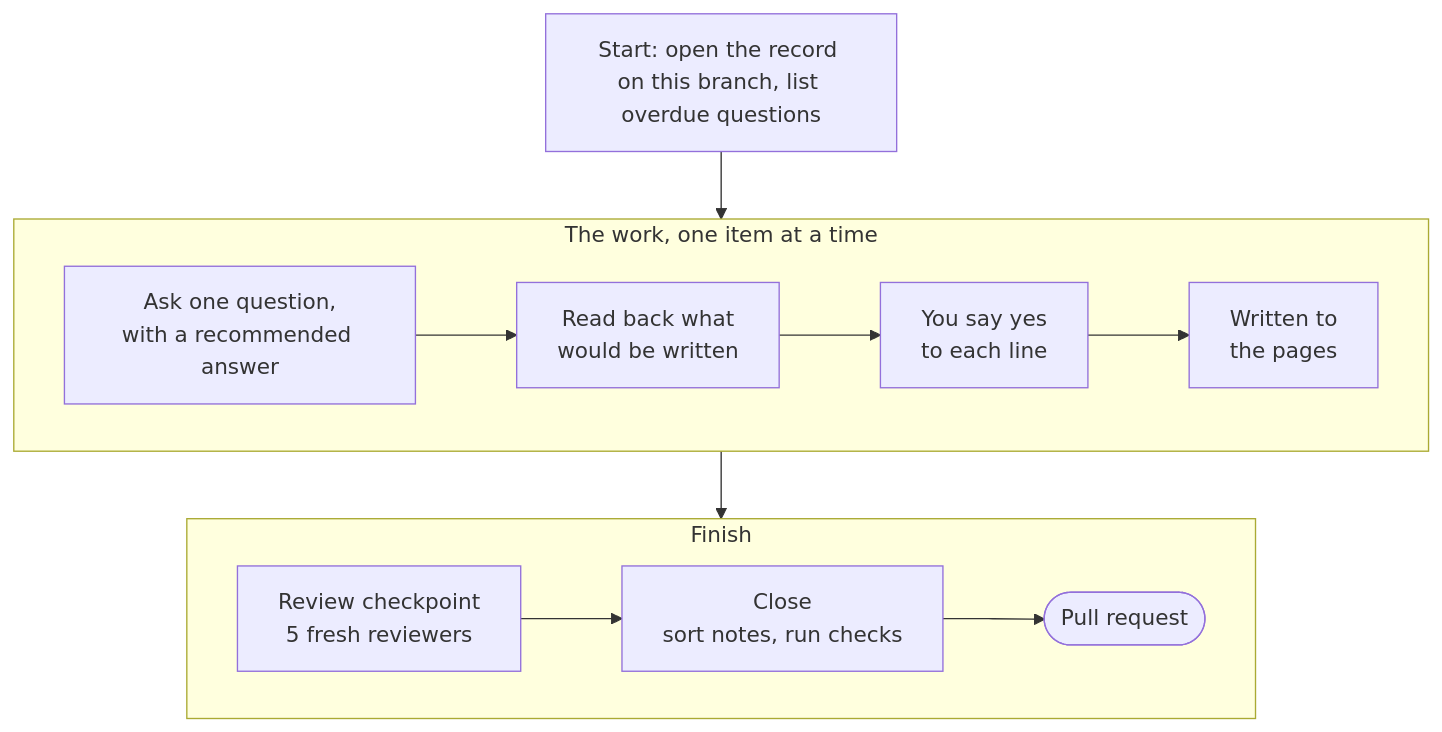
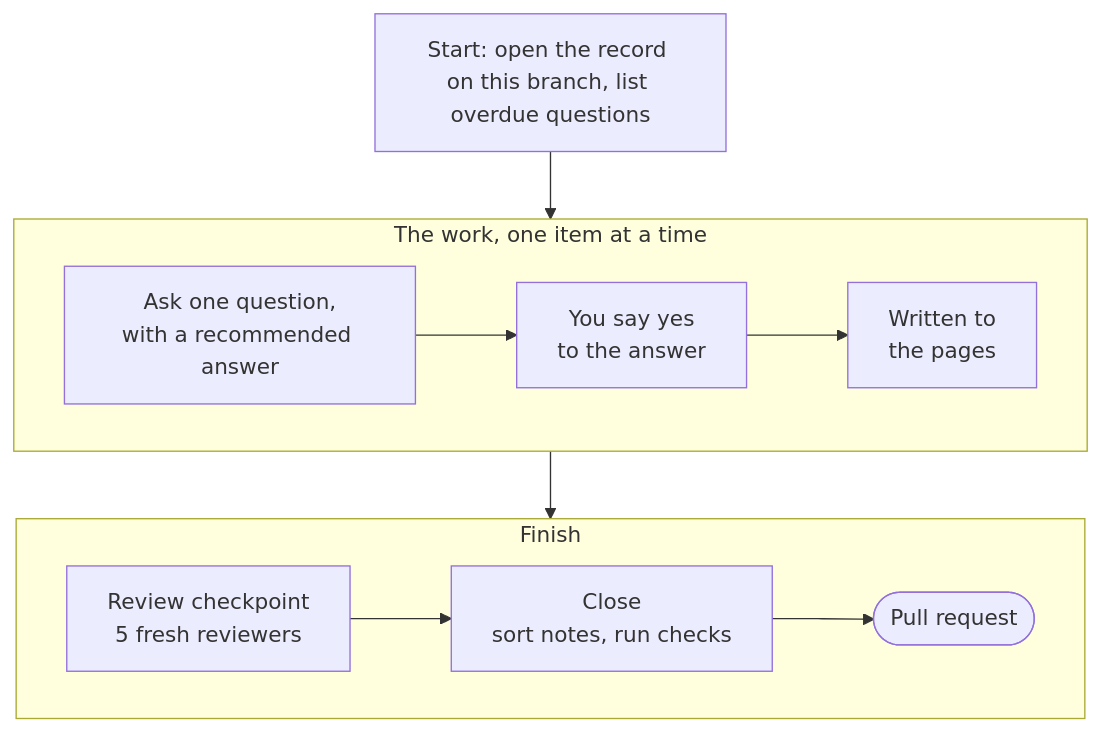
The second of 4 diagrams in docs/PHILOSOPHY.md (smalls257/vela), drawn with Mermaid before and after one commit. The commit also changed other lines of this file and 4 other files, not shown here.

````diff
--- a/docs/PHILOSOPHY.md
+++ b/docs/PHILOSOPHY.md
@@ -83,13 +83,13 @@
 ```mermaid
 flowchart TB
   start["Start: open the record on this branch, list overdue questions"]
   subgraph work["The work, one item at a time"]
     direction LR
-    ask["Ask one question,<br/>with a recommended answer"] --> readback["Read back what<br/>would be written"] --> yes["You say yes<br/>to each line"] --> write["Written to<br/>the pages"]
+    ask["Ask one question,<br/>with a recommended answer"] --> yes["You say yes<br/>to the answer"] --> write["Written to<br/>the pages"]
   end
   subgraph finish["Finish"]
     direction LR
     review["Review checkpoint<br/>5 fresh reviewers"] --> close["Close<br/>sort notes, run checks"] --> pr(["Pull request"])
   end
   start --> work --> finish
 ```
````
